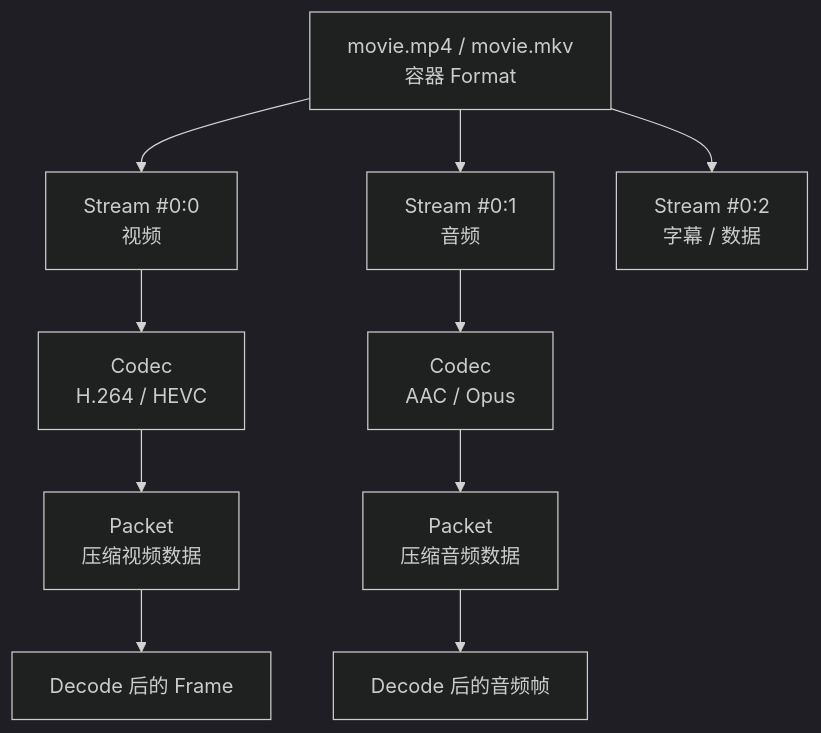
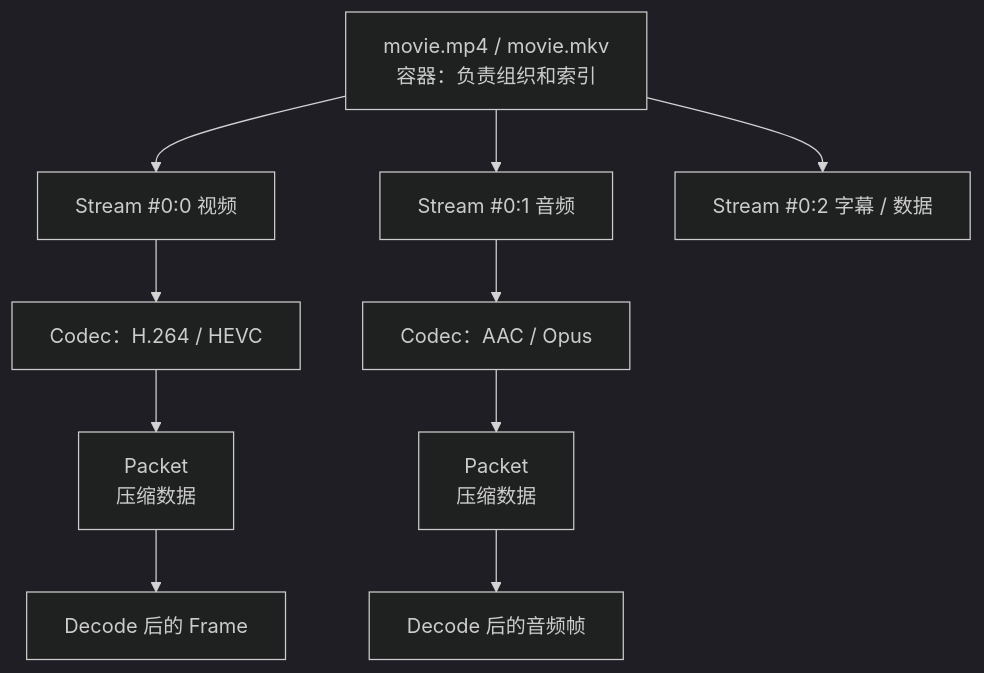
One commit to flycodeu/FlyCodeCenter changed the diagram in src/content/tutorial/ffmpeg/02-媒体模型与基础概念.md. Above: the diagram before and after it, drawn with Mermaid (dark theme). The commit also changed other lines of this file and 10 other files, not shown here.

````diff
--- a/src/content/tutorial/ffmpeg/02-媒体模型与基础概念.md
+++ b/src/content/tutorial/ffmpeg/02-媒体模型与基础概念.md
@@ -21,13 +28,13 @@
 ```mermaid
 flowchart TB
-  C[movie.mp4 / movie.mkv<br/>容器 Format]
-  C --> V[Stream #0:0<br/>视频]
-  C --> A[Stream #0:1<br/>音频]
-  C --> S[Stream #0:2<br/>字幕 / 数据]
-  V --> VC[Codec<br/>H.264 / HEVC]
-  A --> AC[Codec<br/>AAC / Opus]
-  VC --> VP[Packet<br/>压缩视频数据]
-  AC --> AP[Packet<br/>压缩音频数据]
+  C[movie.mp4 / movie.mkv<br/>容器：负责组织和索引]
+  C --> V[Stream #0:0 视频]
+  C --> A[Stream #0:1 音频]
+  C --> S[Stream #0:2 字幕 / 数据]
+  V --> VC[Codec：H.264 / HEVC]
+  A --> AC[Codec：AAC / Opus]
+  VC --> VP[Packet<br/>压缩数据]
+  AC --> AP[Packet<br/>压缩数据]
   VP --> VF[Decode 后的 Frame]
   AP --> AF[Decode 后的音频帧]
 ```
````
